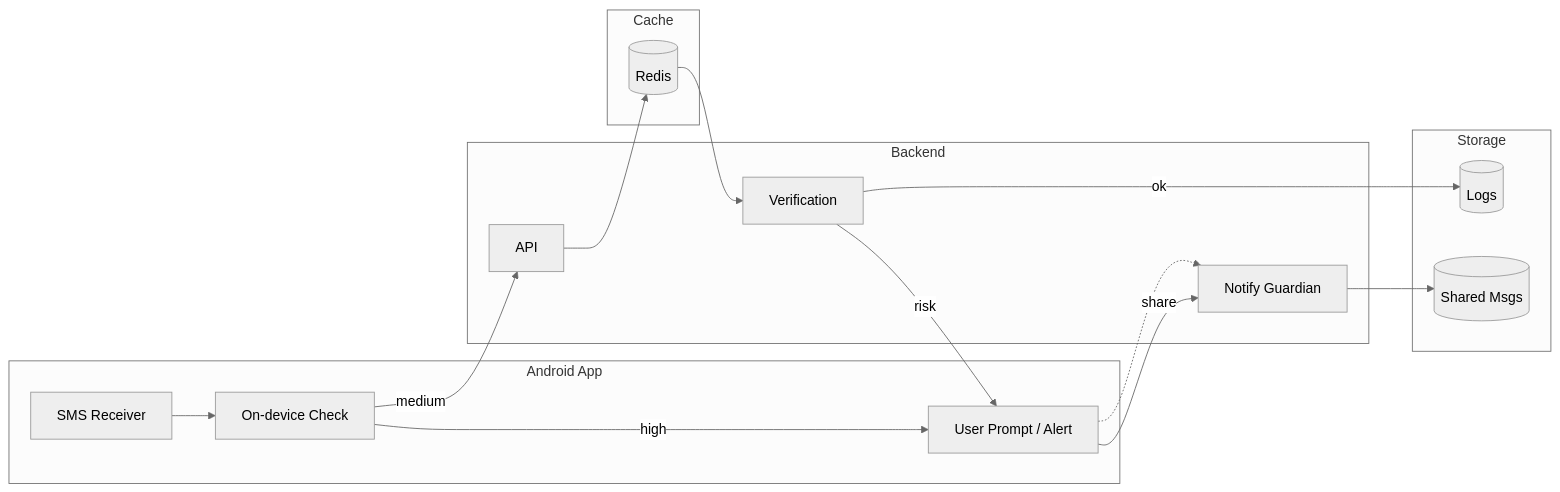
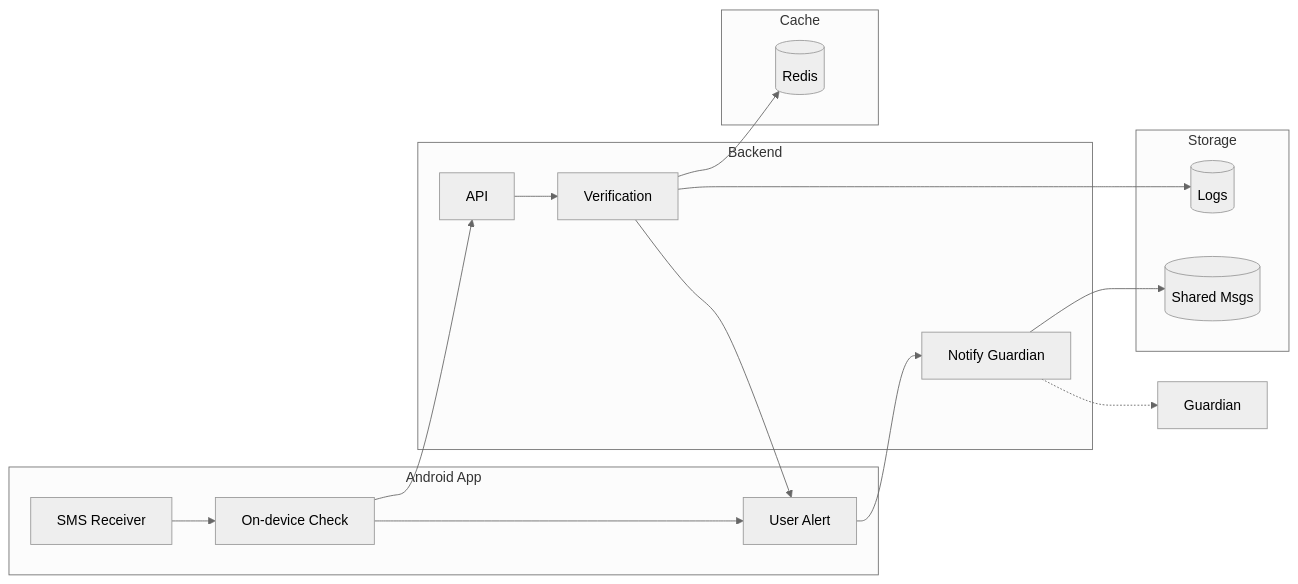
The diagram in README2.md (GA-Safety/Guardian-Agent), drawn with Mermaid (neutral theme) before and after one commit.

Commit message:
Update README2.md for UI and API flow changes

````diff
--- a/README2.md
+++ b/README2.md
@@ -56,35 +56,36 @@
 ```mermaid
 graph LR
   subgraph FE["Android App"]
     SMS["SMS Receiver"]
     Local["On-device Check"]
-    UI["User Prompt / Alert"]
+    UI["User Alert"]
   end
 
   subgraph BE["Backend"]
     API["API"]
     Verify["Verification"]
     Notify["Notify Guardian"]
   end
 
   subgraph C["Cache"]
     R[(Redis)]
   end
 
   subgraph D["Storage"]
     Logs[(Logs)]
     Shared[(Shared Msgs)]
   end
 
   SMS --> Local
-  Local -->|"high"| UI
-  UI -.-> Notify
+  Local --> UI
+  Local --> API
 
-  Local -->|"medium"| API
-  API --> R --> Verify
-  Verify -->|"risk"| UI
-  Verify -->|"ok"| Logs
+  API --> Verify
+  Verify --> R
+  Verify --> Logs
+  Verify --> UI
 
-  UI -->|"share"| Notify
+  UI --> Notify
   Notify --> Shared
+  Notify -.-> Guardian
 ```
````
